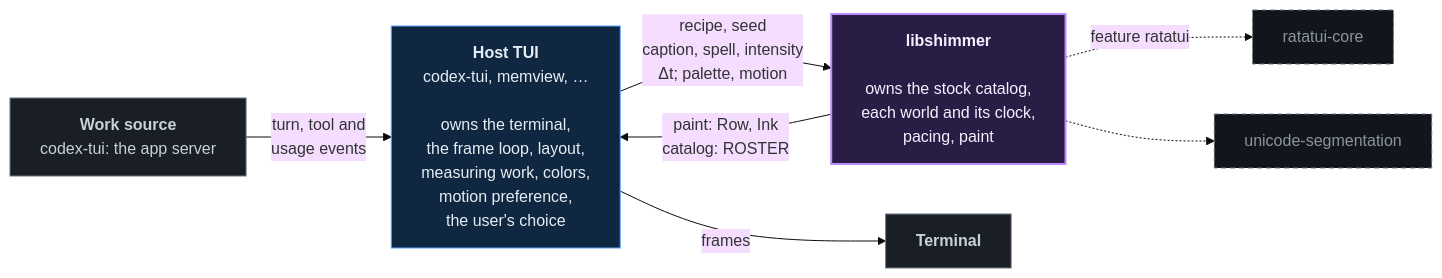
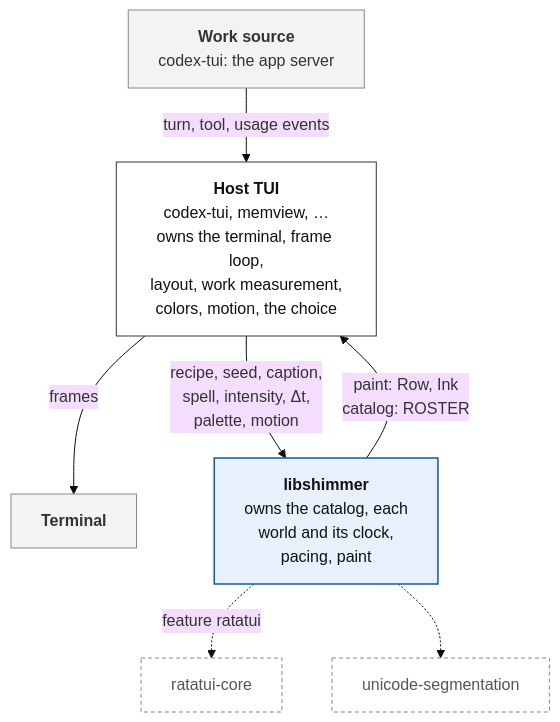
One commit to aoaoaoaoaoaoaoaoaoaoaoaoaoaoaoaoaoaoaoa/libshimmer changed the first of 5 diagrams in design/DESIGN.md. Above: the diagram before and after it, drawn with Mermaid (base theme). The commit also changed other lines of this file and 3 other files, not shown here.

````diff
--- a/design/DESIGN.md
+++ b/design/DESIGN.md
@@ -31,21 +32,21 @@
 ```mermaid
-flowchart LR
-  classDef outside fill:#1a1f26,stroke:#6e7681,color:#c9d1d9
-  classDef host fill:#0f2740,stroke:#58a6ff,color:#e6edf3
-  classDef lib fill:#2a1d45,stroke:#bc8cff,color:#f5f0ff,stroke-width:2px
-  classDef dep fill:#12161c,stroke:#6e7681,color:#8b949e,stroke-dasharray:5 4
+flowchart TB
+  classDef subject fill:#e8f1fb,stroke:#0b5cad,stroke-width:1.5px,color:#111
+  classDef host fill:#fff,stroke:#333,color:#111
+  classDef outside fill:#f3f3f3,stroke:#888,color:#333
+  classDef dep fill:#fff,stroke:#888,color:#555,stroke-dasharray:4 3
 
   work["<b>Work source</b><br/>codex-tui: the app server"]:::outside
-  host["<b>Host TUI</b><br/>codex-tui, memview, …<br/><br/>owns the terminal,<br/>the frame loop, layout,<br/>measuring work, colors,<br/>motion preference,<br/>the user's choice"]:::host
-  lib["<b>libshimmer</b><br/><br/>owns the stock catalog,<br/>each world and its clock,<br/>pacing, paint"]:::lib
+  host["<b>Host TUI</b><br/>codex-tui, memview, …<br/>owns the terminal, frame loop,<br/>layout, work measurement,<br/>colors, motion, the choice"]:::host
   term["<b>Terminal</b>"]:::outside
+  lib["<b>libshimmer</b><br/>owns the catalog, each<br/>world and its clock,<br/>pacing, paint"]:::subject
   core["ratatui-core"]:::dep
   seg["unicode-segmentation"]:::dep
 
-  work -->|"turn, tool and<br/>usage events"| host
-  host -->|"recipe, seed<br/>caption, spell, intensity<br/>Δt; palette, motion"| lib
+  work -->|"turn, tool, usage events"| host
+  host -->|frames| term
+  host -->|"recipe, seed, caption,<br/>spell, intensity, Δt,<br/>palette, motion"| lib
   lib -->|"paint: Row, Ink<br/>catalog: ROSTER"| host
-  host -->|"frames"| term
   lib -.->|"feature ratatui"| core
   lib -.-> seg
 ```
````
